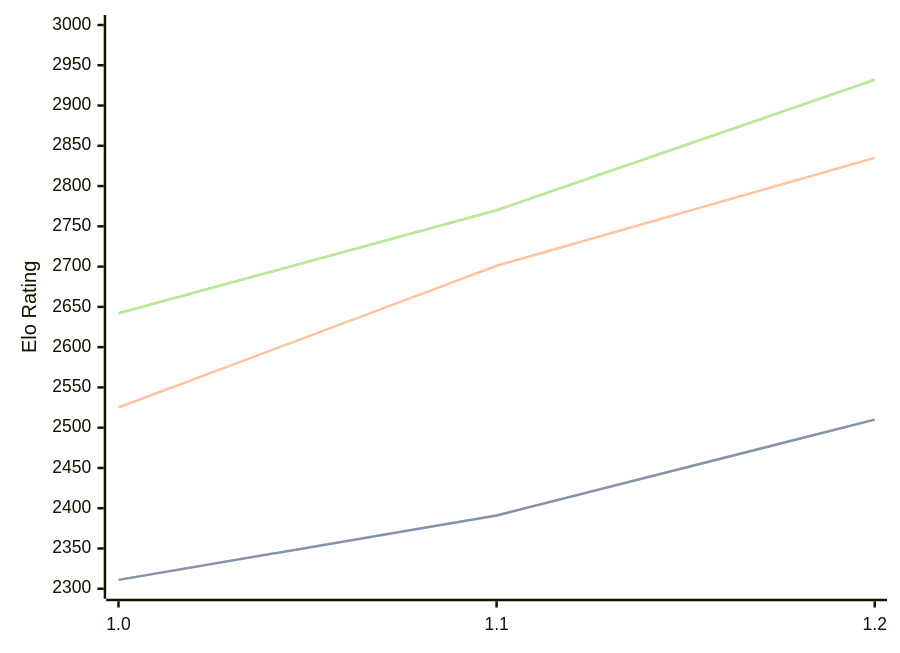
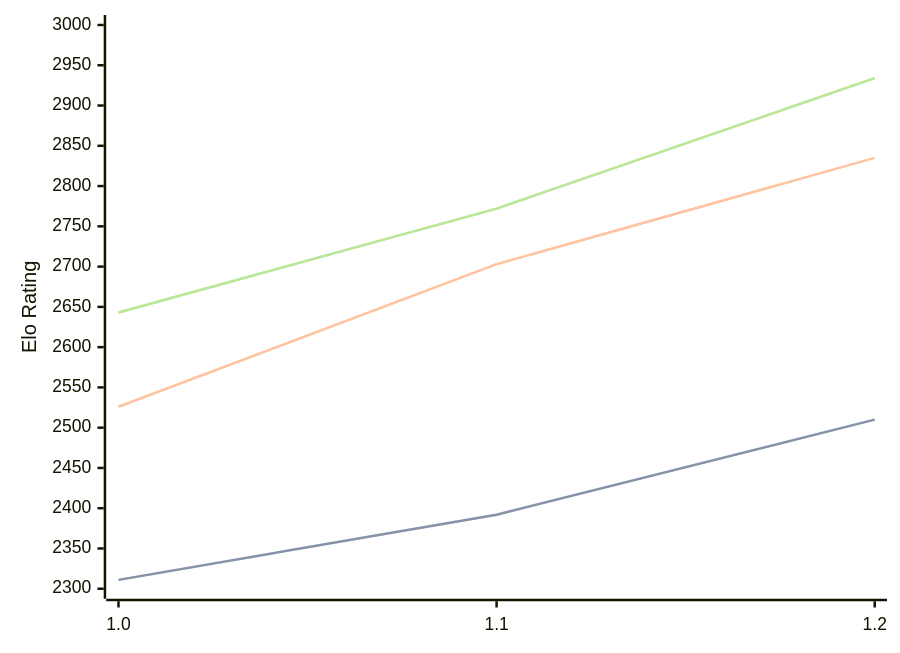
The diagram in engines/FoxChess.md (computer-chess-index/cci), drawn with Mermaid before and after one commit. The commit also changed other lines of this file, not shown here.

Commit message:
Update CCI Ratings (ELO VLTC) - 2026-08-21

````diff
--- a/engines/FoxChess.md
+++ b/engines/FoxChess.md
@@ -33,11 +33,11 @@
 ```mermaid
 %%{init: {"theme":"base","themeVariables":{"seriesColors:['#a3a3a3','#222221','#faa371']}}}%%
 xychart-beta
   x-axis ["1.0", "1.1", "1.2"]
   y-axis "Elo Rating" 2300 --> 3000
-  line "STC (8.0+0.08s)" [2311, 2391, 2510]
-  line "STC (8.0+0.08s)" [2311, 2391, 2510]
-  line "LTC (60.0+0.60s)" [2525, 2701, 2835]
-  line "VLTC (2m24s+1.12s)" [2642, 2770, 2932]
-  line "VLTC (2m24s+1.12s)" [2642, 2770, 2932]
+  line "STC (8.0+0.08s)" [2311, 2392, 2510]
+  line "STC (8.0+0.08s)" [2311, 2392, 2510]
+  line "LTC (60.0+0.60s)" [2526, 2703, 2835]
+  line "VLTC (2m24s+1.12s)" [2643, 2772, 2934]
+  line "VLTC (2m24s+1.12s)" [2643, 2772, 2934]
 ```
````
